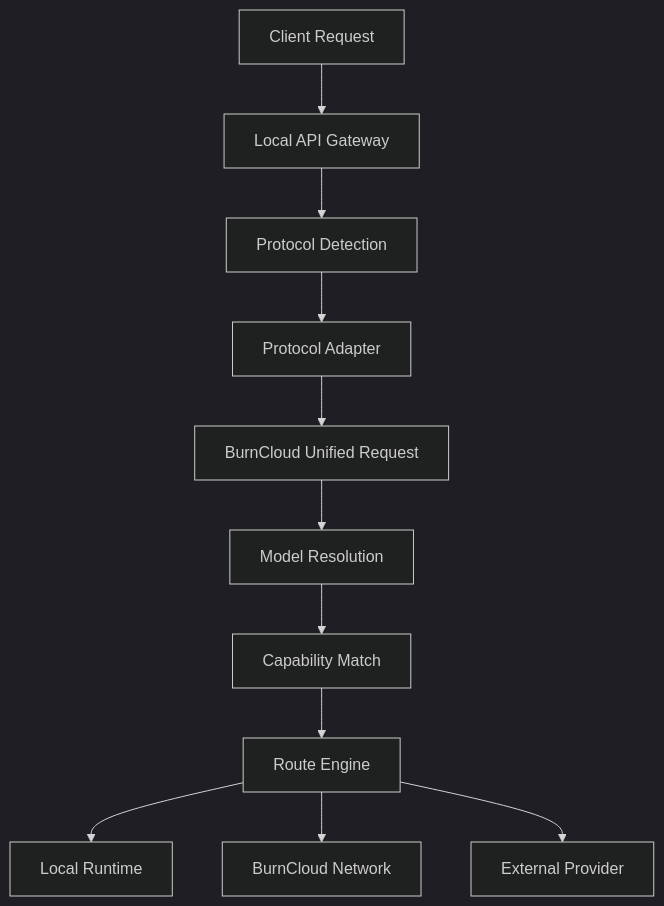
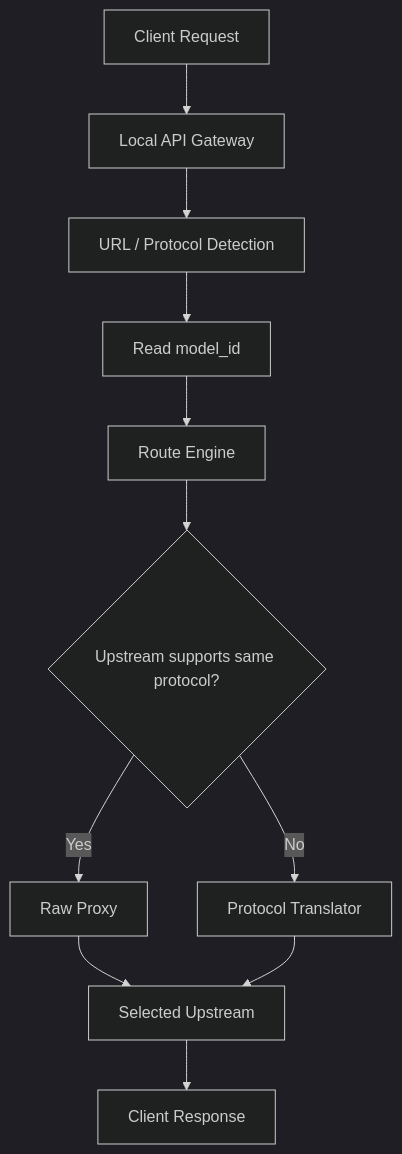
Before and after one commit to burncloud/burncloud.github.io: the diagram in site/manual-docs/burncloud-node/protocol-routing.md, drawn with Mermaid (dark theme). The commit also changed other lines of this file, not shown here.

Commit message:
docs: make protocol routing raw-proxy first

````diff
--- a/site/manual-docs/burncloud-node/protocol-routing.md
+++ b/site/manual-docs/burncloud-node/protocol-routing.md
@@ -49,13 +18,13 @@
 ```mermaid
 flowchart TD
     REQ["Client Request"] --> GATEWAY["Local API Gateway"]
-    GATEWAY --> DETECT["Protocol Detection"]
-    DETECT --> PARSE["Protocol Adapter"]
-    PARSE --> NORMALIZE["BurnCloud Unified Request"]
-    NORMALIZE --> MODEL["Model Resolution"]
-    MODEL --> CAP["Capability Match"]
-    CAP --> ROUTER["Route Engine"]
-    ROUTER --> LOCAL["Local Runtime"]
-    ROUTER --> NETWORK["BurnCloud Network"]
-    ROUTER --> PROVIDER["External Provider"]
+    GATEWAY --> DETECT["URL / Protocol Detection"]
+    DETECT --> MODEL["Read model_id"]
+    MODEL --> ROUTER["Route Engine"]
+    ROUTER --> MATCH{"Upstream supports same protocol?"}
+    MATCH -->|Yes| RAW["Raw Proxy"]
+    MATCH -->|No| TRANS["Protocol Translator"]
+    RAW --> UPSTREAM["Selected Upstream"]
+    TRANS --> UPSTREAM
+    UPSTREAM --> RESP["Client Response"]
 ```
````
